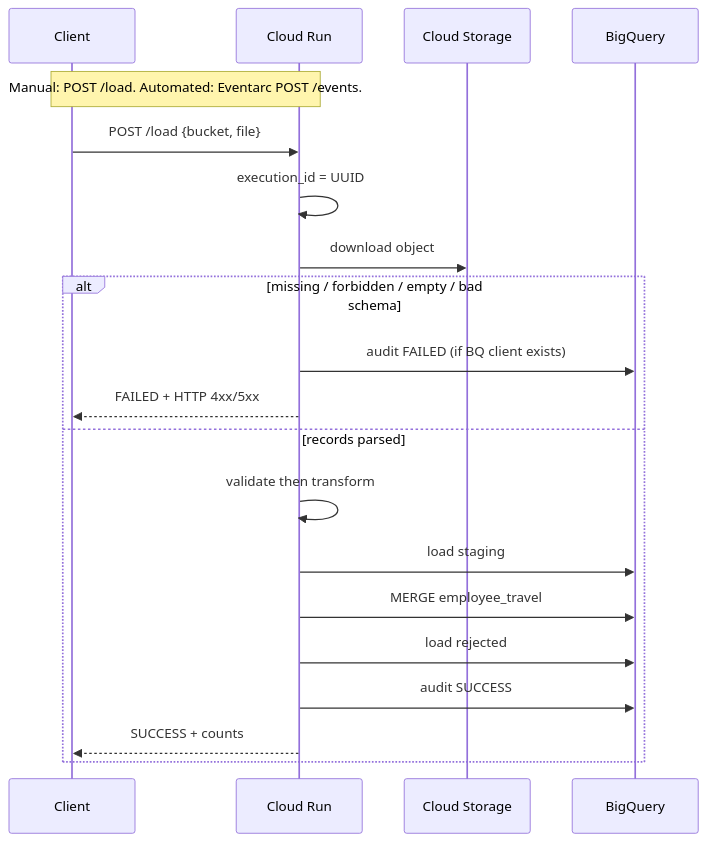
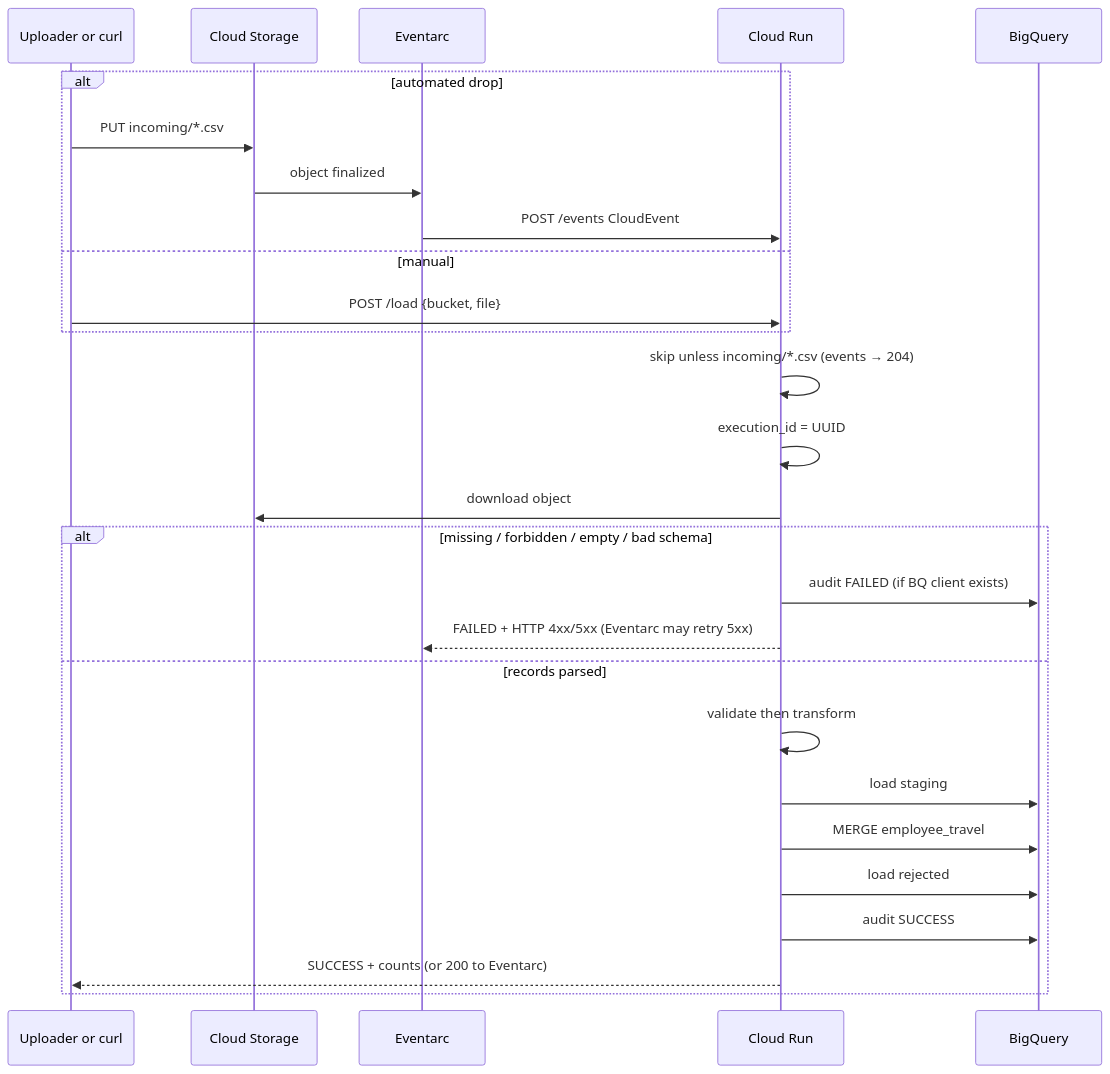
The fourth of 4 diagrams in docs/architecture.md (saidhuljohny2/gcp-travel-data-ingestion), drawn with Mermaid before and after one commit. The commit also changed other lines of this file, not shown here.

````diff
--- a/docs/architecture.md
+++ b/docs/architecture.md
@@ -73,22 +89,29 @@
 ```mermaid
 sequenceDiagram
-  participant C as Client
+  participant U as Uploader or curl
+  participant GCS as Cloud Storage
+  participant EA as Eventarc
   participant API as Cloud Run
-  participant GCS as Cloud Storage
   participant BQ as BigQuery
-  Note over C,API: Manual: POST /load. Automated: Eventarc POST /events.
-  C->>API: POST /load {bucket, file}
+  alt automated drop
+    U->>GCS: PUT incoming/*.csv
+    GCS->>EA: object finalized
+    EA->>API: POST /events CloudEvent
+  else manual
+    U->>API: POST /load {bucket, file}
+  end
+  API->>API: skip unless incoming/*.csv (events → 204)
   API->>API: execution_id = UUID
   API->>GCS: download object
   alt missing / forbidden / empty / bad schema
     API->>BQ: audit FAILED (if BQ client exists)
-    API-->>C: FAILED + HTTP 4xx/5xx
+    API-->>EA: FAILED + HTTP 4xx/5xx (Eventarc may retry 5xx)
   else records parsed
     API->>API: validate then transform
     API->>BQ: load staging
     API->>BQ: MERGE employee_travel
     API->>BQ: load rejected
     API->>BQ: audit SUCCESS
-    API-->>C: SUCCESS + counts
+    API-->>U: SUCCESS + counts (or 200 to Eventarc)
   end
 ```
````
